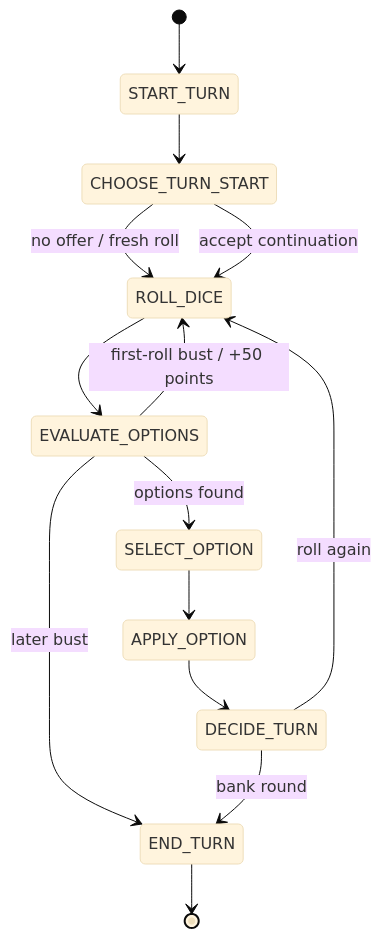
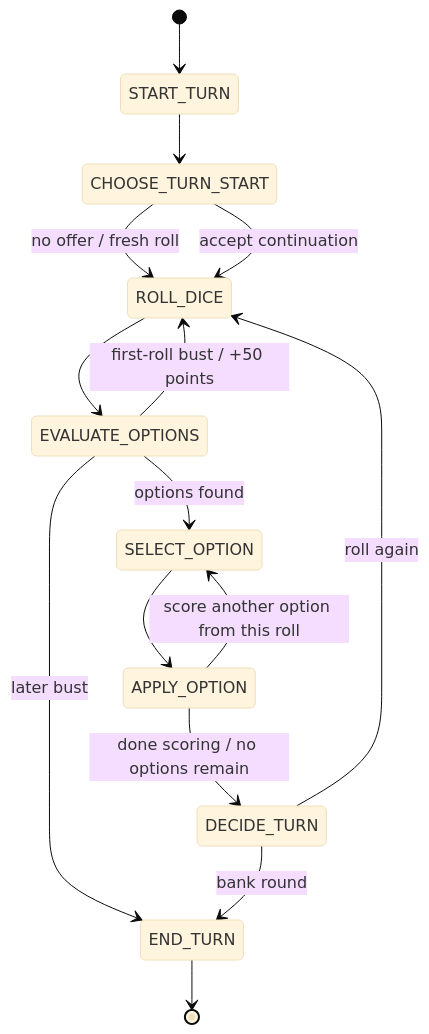
Before and after one commit to Jacoba1100254352/Zilch-Basic: the second of 2 diagrams in README.md, drawn with Mermaid (base theme). The commit also changed other lines of this file and 41 other files, not shown here.

````diff
--- a/README.md
+++ b/README.md
@@ -234,16 +281,17 @@
 ```mermaid
 stateDiagram-v2
     [*] --> START_TURN
     START_TURN --> CHOOSE_TURN_START
     CHOOSE_TURN_START --> ROLL_DICE: no offer / fresh roll
     CHOOSE_TURN_START --> ROLL_DICE: accept continuation
     ROLL_DICE --> EVALUATE_OPTIONS
     EVALUATE_OPTIONS --> ROLL_DICE: first-roll bust / +50 points
     EVALUATE_OPTIONS --> END_TURN: later bust
     EVALUATE_OPTIONS --> SELECT_OPTION: options found
     SELECT_OPTION --> APPLY_OPTION
-    APPLY_OPTION --> DECIDE_TURN
+    APPLY_OPTION --> SELECT_OPTION: score another option from this roll
+    APPLY_OPTION --> DECIDE_TURN: done scoring / no options remain
     DECIDE_TURN --> ROLL_DICE: roll again
     DECIDE_TURN --> END_TURN: bank round
     END_TURN --> [*]
 ```
````
